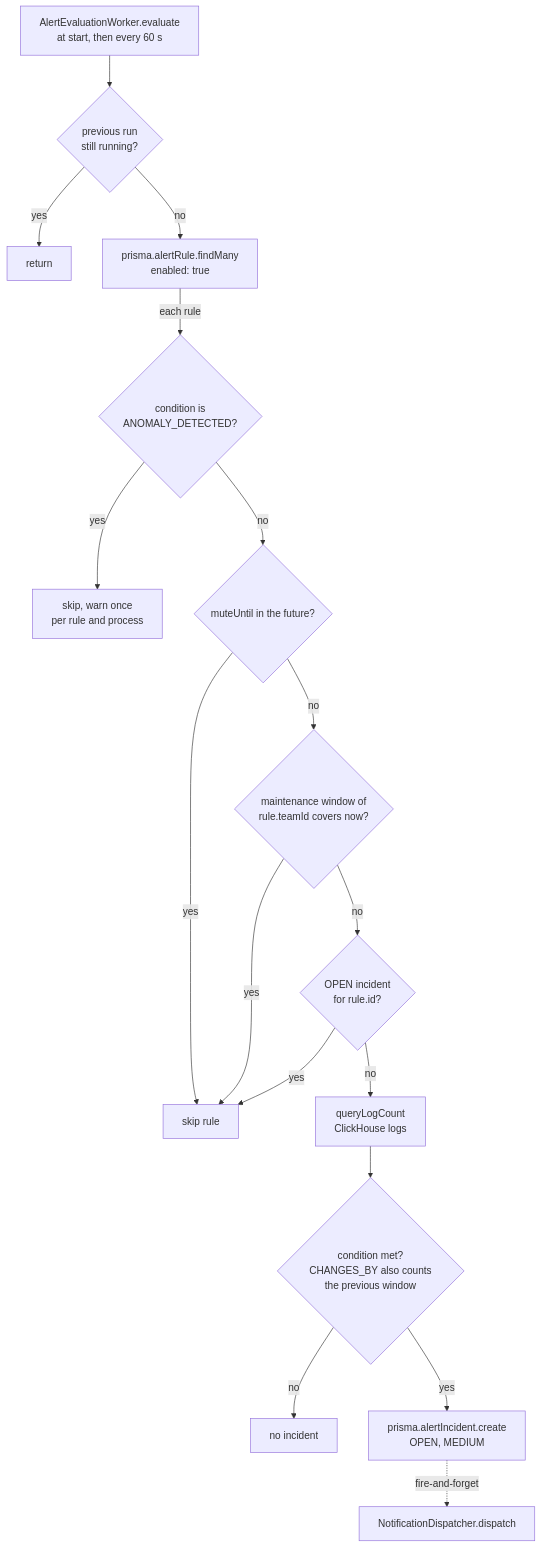
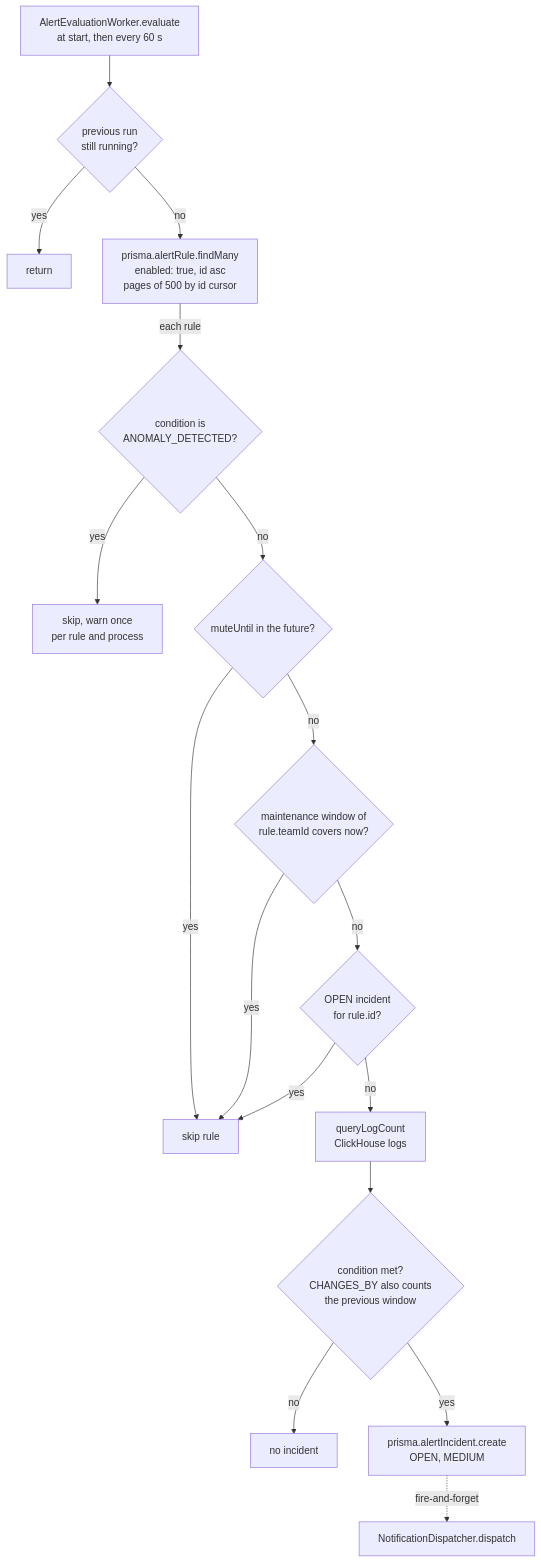
One commit to LanNguyenSi/telerithm changed the diagram in docs/okf/alert-evaluation-and-incident-lifecycle.md. Above: the diagram before and after it, drawn with Mermaid. The commit also changed other lines of this file and 22 other files, not shown here.

First line of the commit message:
Per-team alert rule cap, batched rule evaluation, paginated incident timeline (#277)

````diff
--- a/docs/okf/alert-evaluation-and-incident-lifecycle.md
+++ b/docs/okf/alert-evaluation-and-incident-lifecycle.md
@@ -42,19 +42,19 @@
 ```mermaid
 flowchart TD
   T["AlertEvaluationWorker.evaluate<br/>at start, then every 60 s"] --> G{"previous run<br/>still running?"}
   G -->|yes| E["return"]
-  G -->|no| R["prisma.alertRule.findMany<br/>enabled: true"]
+  G -->|no| R["prisma.alertRule.findMany<br/>enabled: true, id asc<br/>pages of 500 by id cursor"]
   R -->|each rule| AN{"condition is<br/>ANOMALY_DETECTED?"}
   AN -->|yes| WN["skip, warn once<br/>per rule and process"]
   AN -->|no| M{"muteUntil in the future?"}
   M -->|yes| SK["skip rule"]
   M -->|no| MW{"maintenance window of<br/>rule.teamId covers now?"}
   MW -->|yes| SK
   MW -->|no| OI{"OPEN incident<br/>for rule.id?"}
   OI -->|yes| SK
   OI -->|no| Q["queryLogCount<br/>ClickHouse logs"]
   Q --> C{"condition met?<br/>CHANGES_BY also counts<br/>the previous window"}
   C -->|no| N["no incident"]
   C -->|yes| I["prisma.alertIncident.create<br/>OPEN, MEDIUM"]
   I -.->|fire-and-forget| D["NotificationDispatcher.dispatch"]
 ```
````
